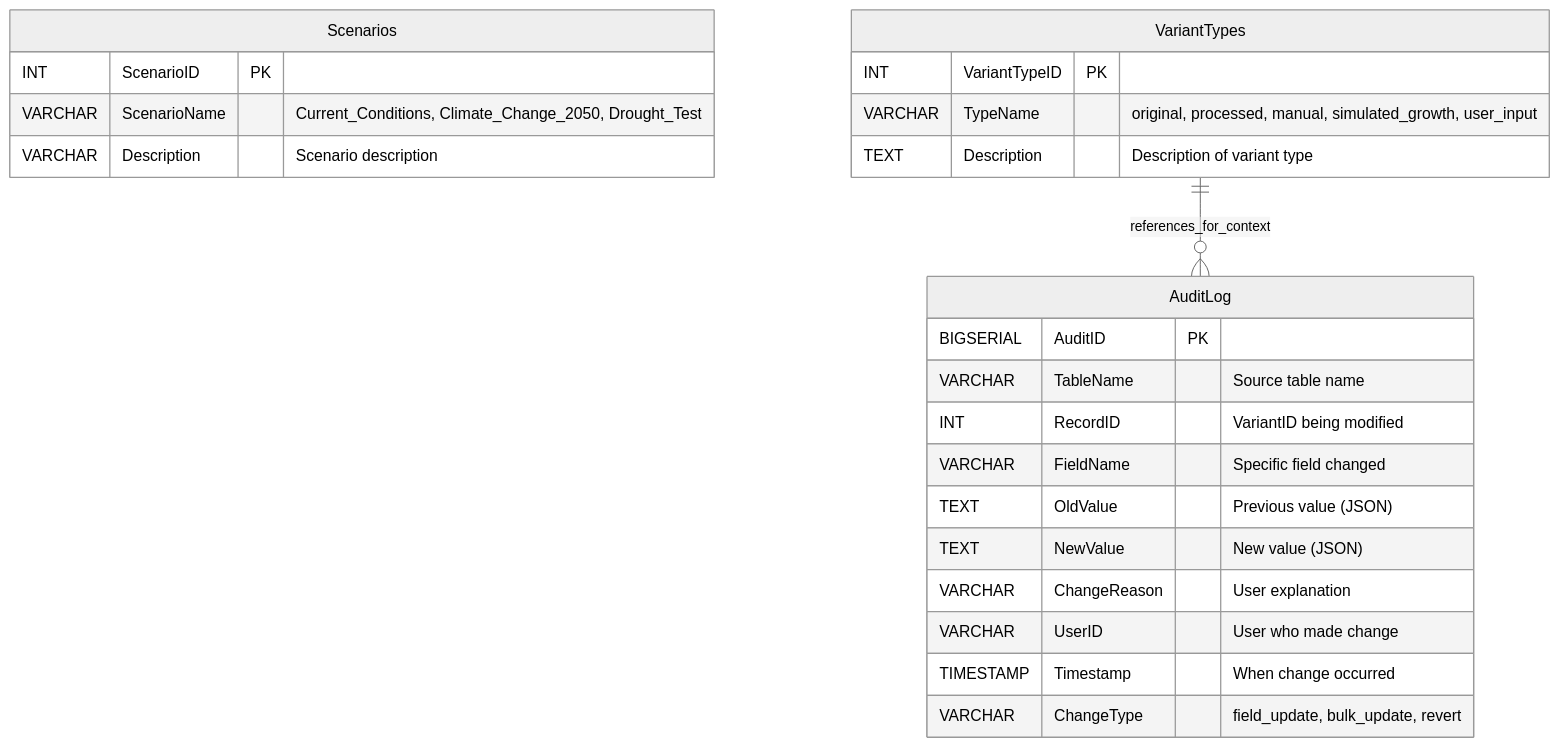
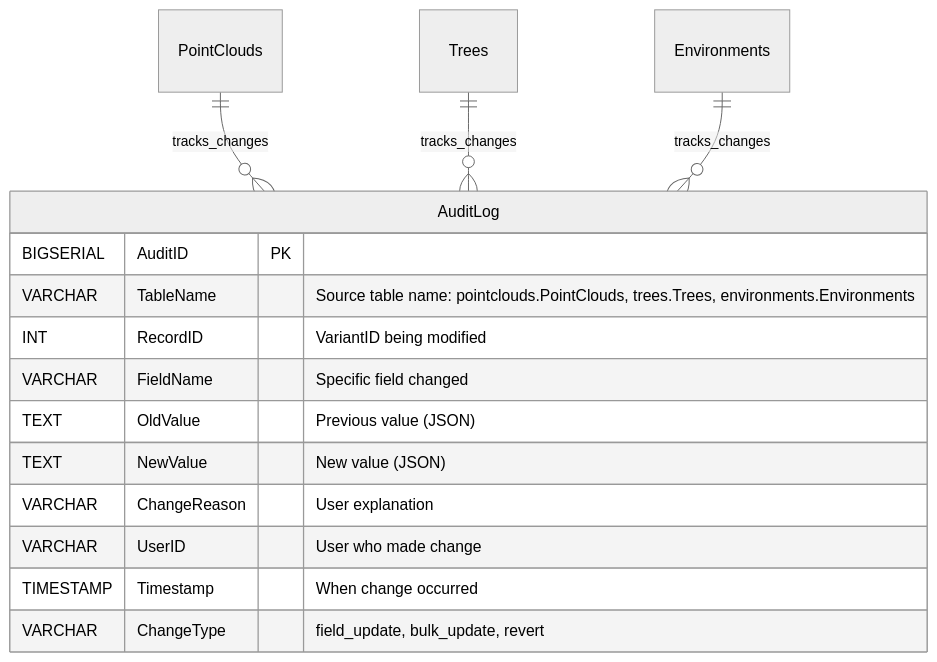
The sixth of 10 diagrams in docs/architecture/database.md (XRFutureForests/digital-twin-db), drawn with Mermaid before and after one commit. The commit also changed other lines of this file, not shown here.

Commit message:
fixes audit log design and adds processing parameter tracking

````diff
--- a/docs/architecture/database.md
+++ b/docs/architecture/database.md
@@ -138,32 +213,26 @@
 ```mermaid
 %%{init: {
   "theme": "neutral"
 }}%%
 erDiagram
-    Scenarios {
-        INT ScenarioID PK
-        VARCHAR ScenarioName "Current_Conditions, Climate_Change_2050, Drought_Test"
-        VARCHAR Description "Scenario description"
-    }
-
-    VariantTypes {
-        INT VariantTypeID PK
-        VARCHAR TypeName "original, processed, manual, simulated_growth, user_input"
-        TEXT Description "Description of variant type"
-    }
+    PointClouds
+    Trees
+    Environments
 
     AuditLog {
         BIGSERIAL AuditID PK
-        VARCHAR TableName "Source table name"
+        VARCHAR TableName "Source table name: pointclouds.PointClouds, trees.Trees, environments.Environments"
         INT RecordID "VariantID being modified"
         VARCHAR FieldName "Specific field changed"
         TEXT OldValue "Previous value (JSON)"
         TEXT NewValue "New value (JSON)"
         VARCHAR ChangeReason "User explanation"
         VARCHAR UserID "User who made change"
         TIMESTAMP Timestamp "When change occurred"
         VARCHAR ChangeType "field_update, bulk_update, revert"
     }
 
-    VariantTypes ||--o{ AuditLog : references_for_context
+    PointClouds ||--o{ AuditLog : tracks_changes
+    Trees ||--o{ AuditLog : tracks_changes
+    Environments ||--o{ AuditLog : tracks_changes
 ```
````
